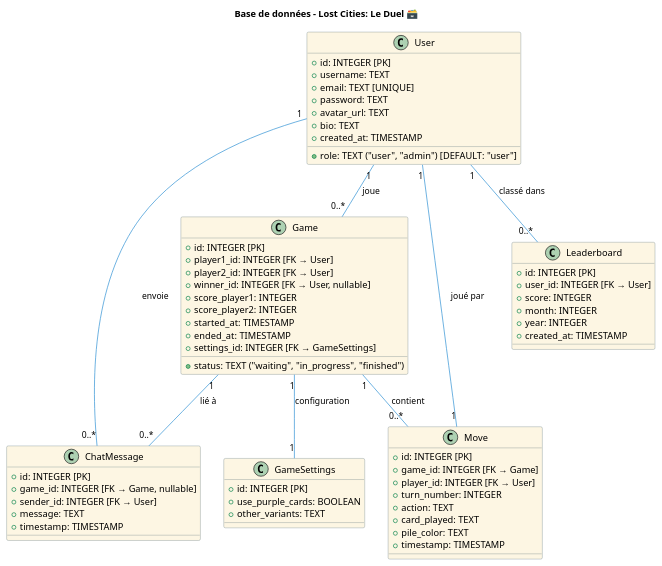
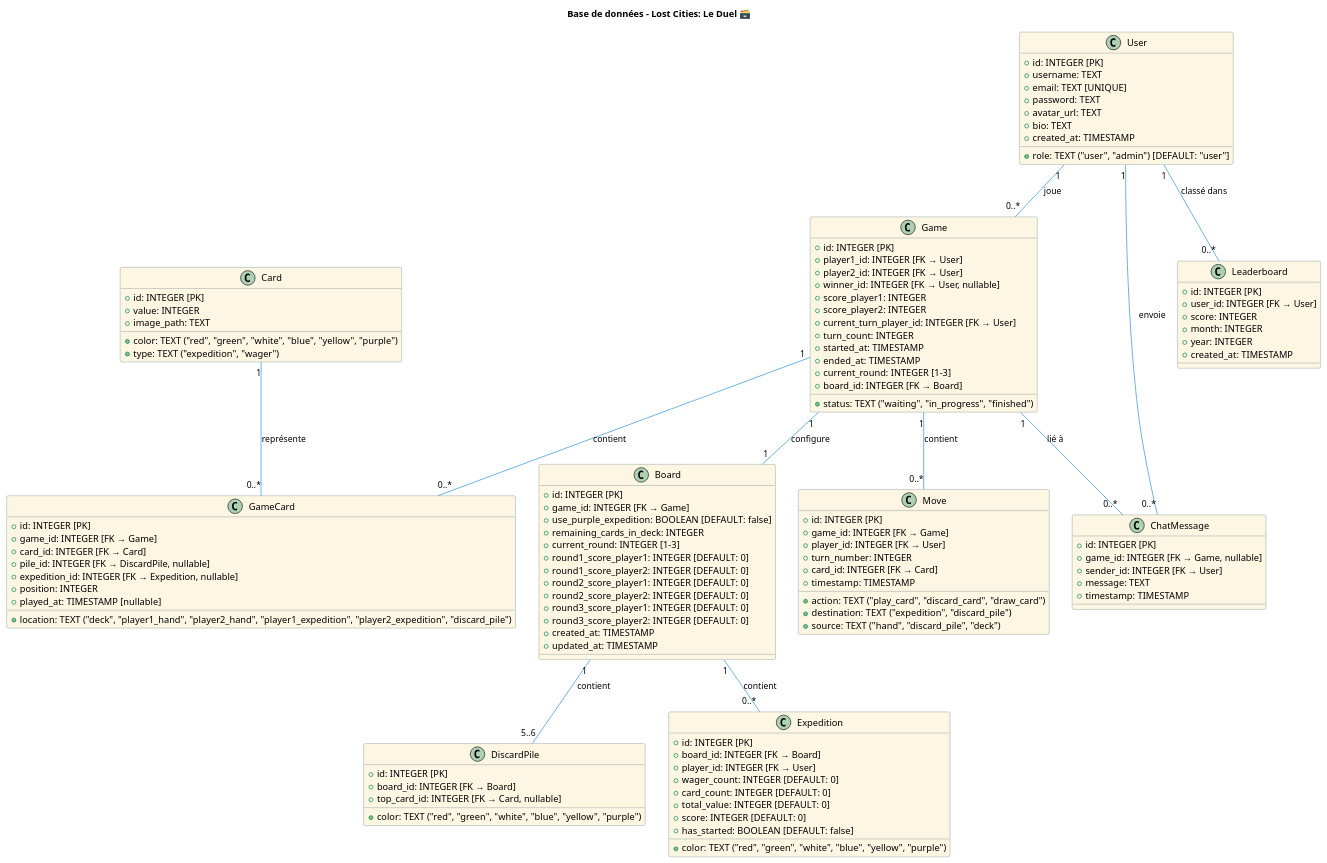
Before and after one commit to Swanidoo/LostCities: the diagram in database/UML.puml, drawn with PlantUML. The commit also changed 4 other files, not shown here.

```diff
--- a/database/UML.puml
+++ b/database/UML.puml
@@ -1,79 +1,130 @@
 @startuml LostCities UML
 title Base de données - Lost Cities: Le Duel 🗃️
-
 skinparam class {
-  BackgroundColor #FDF6E3
-  ArrowColor #268BD2
-  BorderColor #657B83
-  FontName "Segoe UI"
+BackgroundColor #FDF6E3
+ArrowColor #268BD2
+BorderColor #657B83
+FontName "Segoe UI"
 }
-
 '-------------------------------
 class User {
-  +id: INTEGER [PK]
-  +username: TEXT
-  +email: TEXT [UNIQUE]
-  +password: TEXT
-  +avatar_url: TEXT
-  +bio: TEXT
-  +created_at: TIMESTAMP
-  +role: TEXT ("user", "admin") [DEFAULT: "user"]
++id: INTEGER [PK]
++username: TEXT
++email: TEXT [UNIQUE]
++password: TEXT
++avatar_url: TEXT
++bio: TEXT
++created_at: TIMESTAMP
++role: TEXT ("user", "admin") [DEFAULT: "user"]
 }
 
 class Game {
-  +id: INTEGER [PK]
-  +player1_id: INTEGER [FK → User]
-  +player2_id: INTEGER [FK → User]
-  +status: TEXT ("waiting", "in_progress", "finished")
-  +winner_id: INTEGER [FK → User, nullable]
-  +score_player1: INTEGER
-  +score_player2: INTEGER
-  +started_at: TIMESTAMP
-  +ended_at: TIMESTAMP
-  +settings_id: INTEGER [FK → GameSettings]
++id: INTEGER [PK]
++player1_id: INTEGER [FK → User]
++player2_id: INTEGER [FK → User]
++status: TEXT ("waiting", "in_progress", "finished")
++winner_id: INTEGER [FK → User, nullable]
++score_player1: INTEGER
++score_player2: INTEGER
++current_turn_player_id: INTEGER [FK → User]
++turn_count: INTEGER
++started_at: TIMESTAMP
++ended_at: TIMESTAMP
++current_round: INTEGER [1-3]
++board_id: INTEGER [FK → Board]
 }
 
-class GameSettings {
-  +id: INTEGER [PK]
-  +use_purple_cards: BOOLEAN
-  +other_variants: TEXT
+class Board {
++id: INTEGER [PK]
++game_id: INTEGER [FK → Game]
++use_purple_expedition: BOOLEAN [DEFAULT: false]
++remaining_cards_in_deck: INTEGER
++current_round: INTEGER [1-3]
++round1_score_player1: INTEGER [DEFAULT: 0]
++round1_score_player2: INTEGER [DEFAULT: 0]
++round2_score_player1: INTEGER [DEFAULT: 0]
++round2_score_player2: INTEGER [DEFAULT: 0]
++round3_score_player1: INTEGER [DEFAULT: 0]
++round3_score_player2: INTEGER [DEFAULT: 0]
++created_at: TIMESTAMP
++updated_at: TIMESTAMP
+}
+
+class DiscardPile {
++id: INTEGER [PK]
++board_id: INTEGER [FK → Board]
++color: TEXT ("red", "green", "white", "blue", "yellow", "purple")
++top_card_id: INTEGER [FK → Card, nullable]
+}
+
+class Card {
++id: INTEGER [PK]
++color: TEXT ("red", "green", "white", "blue", "yellow", "purple")
++type: TEXT ("expedition", "wager")
++value: INTEGER
++image_path: TEXT
+}
+
+class GameCard {
++id: INTEGER [PK]
++game_id: INTEGER [FK → Game]
++card_id: INTEGER [FK → Card]
++location: TEXT ("deck", "player1_hand", "player2_hand", "player1_expedition", "player2_expedition", "discard_pile")
++pile_id: INTEGER [FK → DiscardPile, nullable]
++expedition_id: INTEGER [FK → Expedition, nullable]
++position: INTEGER
++played_at: TIMESTAMP [nullable]
+}
+
+class Expedition {
++id: INTEGER [PK]
++board_id: INTEGER [FK → Board]
++player_id: INTEGER [FK → User]
++color: TEXT ("red", "green", "white", "blue", "yellow", "purple")
++wager_count: INTEGER [DEFAULT: 0]
++card_count: INTEGER [DEFAULT: 0]
++total_value: INTEGER [DEFAULT: 0]
++score: INTEGER [DEFAULT: 0]
++has_started: BOOLEAN [DEFAULT: false]
 }
 
 class Move {
-  +id: INTEGER [PK]
-  +game_id: INTEGER [FK → Game]
-  +player_id: INTEGER [FK → User]
-  +turn_number: INTEGER
-  +action: TEXT
-  +card_played: TEXT
-  +pile_color: TEXT
-  +timestamp: TIMESTAMP
++id: INTEGER [PK]
++game_id: INTEGER [FK → Game]
++player_id: INTEGER [FK → User]
++turn_number: INTEGER
++action: TEXT ("play_card", "discard_card", "draw_card")
++card_id: INTEGER [FK → Card]
++destination: TEXT ("expedition", "discard_pile")
++source: TEXT ("hand", "discard_pile", "deck")
++timestamp: TIMESTAMP
 }
 
 class ChatMessage {
-  +id: INTEGER [PK]
-  +game_id: INTEGER [FK → Game, nullable]
-  +sender_id: INTEGER [FK → User]
-  +message: TEXT
-  +timestamp: TIMESTAMP
++id: INTEGER [PK]
++game_id: INTEGER [FK → Game, nullable]
++sender_id: INTEGER [FK → User]
++message: TEXT
++timestamp: TIMESTAMP
 }
 
 class Leaderboard {
-  +id: INTEGER [PK]
-  +user_id: INTEGER [FK → User]
-  +score: INTEGER
-  +month: INTEGER 
-  +year: INTEGER
-  +created_at: TIMESTAMP
++id: INTEGER [PK]
++user_id: INTEGER [FK → User]
++score: INTEGER
++month: INTEGER
++year: INTEGER
++created_at: TIMESTAMP
 }
-
 '-------------------------------
 User "1" -- "0..*" Game : joue
+Game "1" -- "1" Board : configure
+Board "1" -- "0..*" Expedition : contient
+Board "1" -- "5..6" DiscardPile : contient
 Game "1" -- "0..*" Move : contient
 Game "1" -- "0..*" ChatMessage : lié à
 User "1" -- "0..*" ChatMessage : envoie
 User "1" -- "0..*" Leaderboard : classé dans
-Game "1" -- "1" GameSettings : configuration
-Move "1" -- "1" User : joué par
-
+Game "1" -- "0..*" GameCard : contient
+Card "1" -- "0..*" GameCard : représente
 @enduml
```
